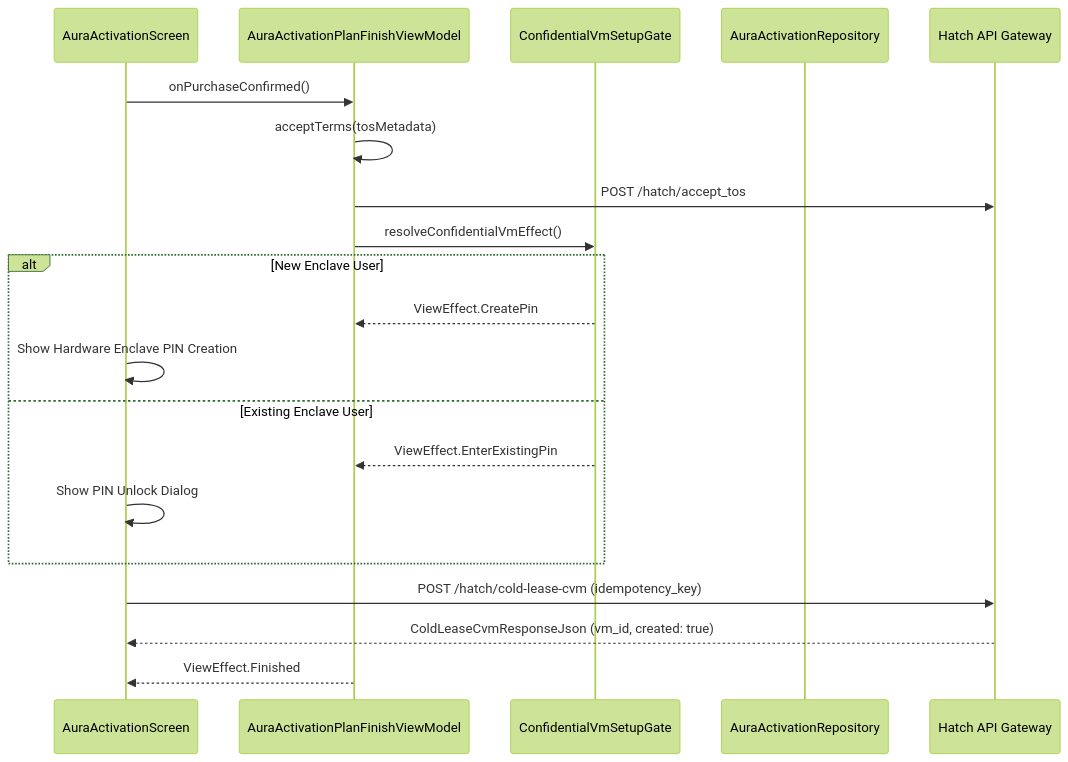
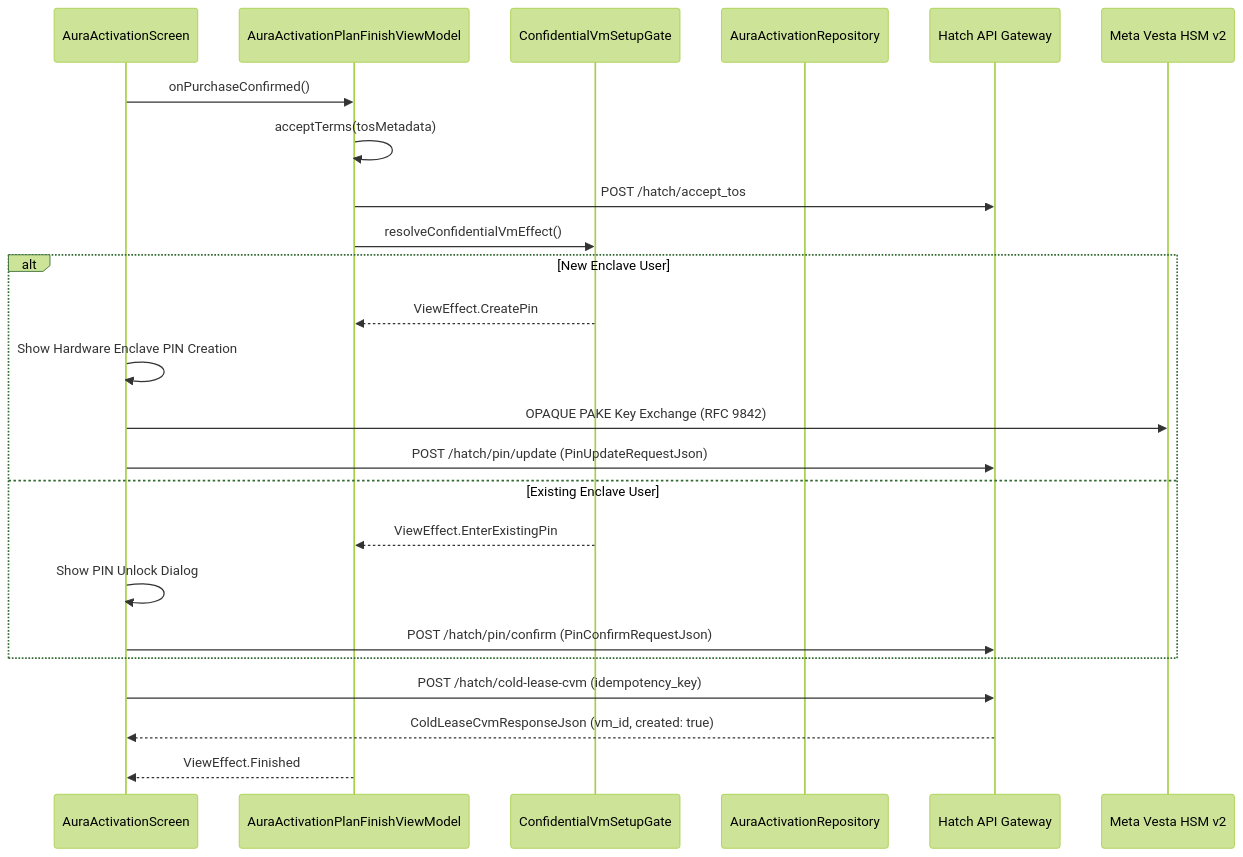
One commit to arthur-morgan141/beta changed the second of 3 diagrams in docs/ACCOUNT_REGISTRATION_AND_ONBOARDING_FLOW_V15.md. Above: the diagram before and after it, drawn with Mermaid (forest theme). The commit also changed other lines of this file and 15 other files, not shown here.

````diff
--- a/docs/ACCOUNT_REGISTRATION_AND_ONBOARDING_FLOW_V15.md
+++ b/docs/ACCOUNT_REGISTRATION_AND_ONBOARDING_FLOW_V15.md
@@ -387,23 +482,27 @@
 ```mermaid
 sequenceDiagram
     participant UI as AuraActivationScreen
     participant VM as AuraActivationPlanFinishViewModel
     participant Gate as ConfidentialVmSetupGate
     participant Repo as AuraActivationRepository
     participant API as Hatch API Gateway
+    participant Vesta as Meta Vesta HSM v2
 
     UI->>VM: onPurchaseConfirmed()
     VM->>VM: acceptTerms(tosMetadata)
     VM->>API: POST /hatch/accept_tos
     VM->>Gate: resolveConfidentialVmEffect()
     alt New Enclave User
         Gate-->>VM: ViewEffect.CreatePin
         UI->>UI: Show Hardware Enclave PIN Creation
+        UI->>Vesta: OPAQUE PAKE Key Exchange (RFC 9842)
+        UI->>API: POST /hatch/pin/update (PinUpdateRequestJson)
     else Existing Enclave User
         Gate-->>VM: ViewEffect.EnterExistingPin
         UI->>UI: Show PIN Unlock Dialog
+        UI->>API: POST /hatch/pin/confirm (PinConfirmRequestJson)
     end
     UI->>API: POST /hatch/cold-lease-cvm (idempotency_key)
     API-->>UI: ColdLeaseCvmResponseJson (vm_id, created: true)
     VM-->>UI: ViewEffect.Finished
 ```
````
